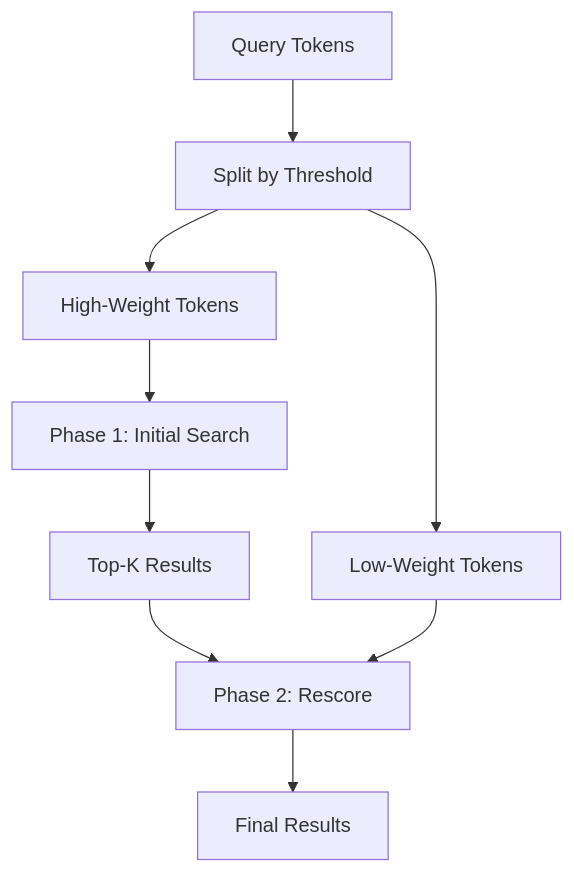
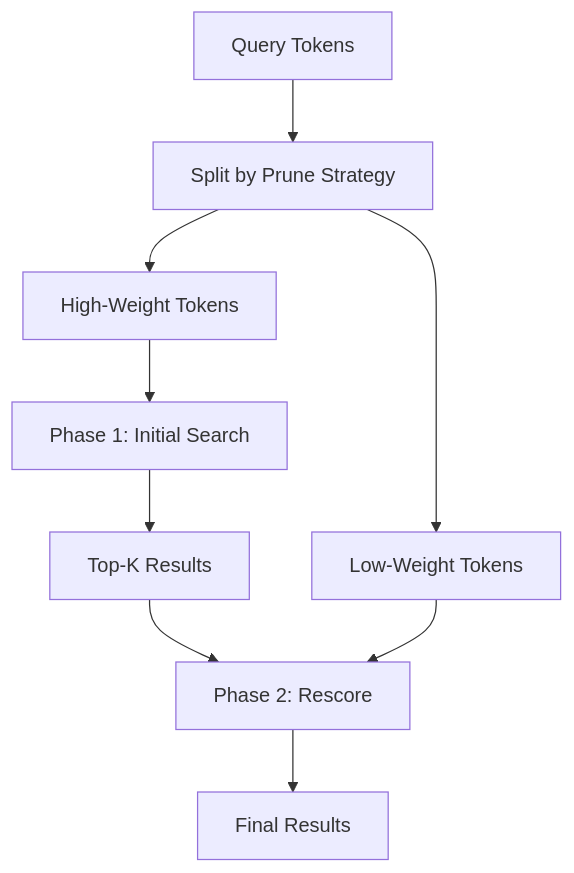
Before and after one commit to tkykenmt/opensearch-feature-explorer: the third of 3 diagrams in docs/features/neural-search/neural-search-neural-sparse-search.md, drawn with Mermaid. The commit also changed other lines of this file and 2 other files, not shown here.

````diff
--- a/docs/features/neural-search/neural-search-neural-sparse-search.md
+++ b/docs/features/neural-search/neural-search-neural-sparse-search.md
@@ -122,11 +157,11 @@
 ```mermaid
 flowchart TB
-    A[Query Tokens] --> B[Split by Threshold]
+    A[Query Tokens] --> B[Split by Prune Strategy]
     B --> C[High-Weight Tokens]
     B --> D[Low-Weight Tokens]
     C --> E[Phase 1: Initial Search]
     E --> F[Top-K Results]
     F --> G[Phase 2: Rescore]
     D --> G
     G --> H[Final Results]
 ```
````
